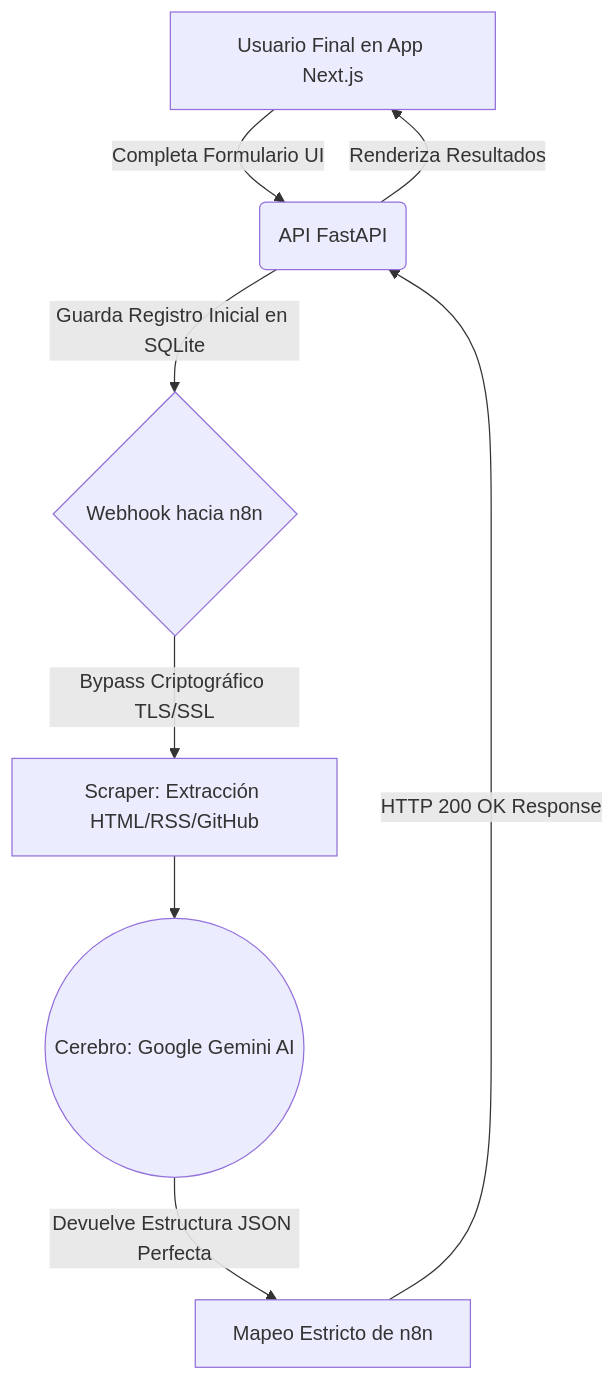
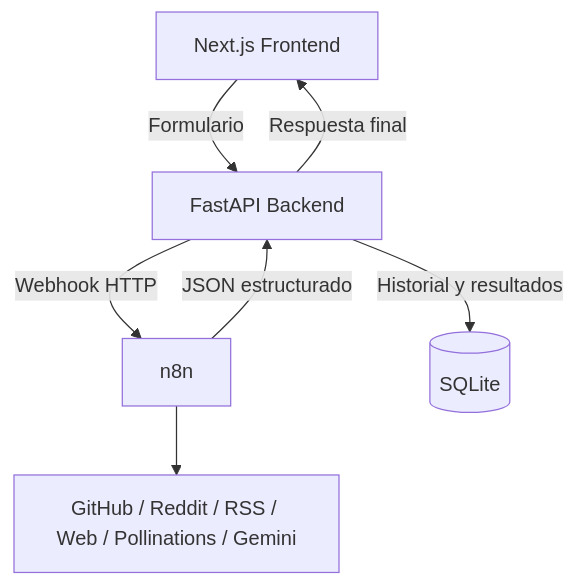
One commit to AnluYaens/nodeaway changed the diagram in README.md. Above: the diagram before and after it, drawn with Mermaid. The commit also changed other lines of this file, not shown here.

````diff
--- a/README.md
+++ b/README.md
@@ -31,10 +36,9 @@
 ```mermaid
 graph TD
-    A[Usuario Final en App Next.js] -->|Completa Formulario UI| B(API FastAPI)
-    B -->|Guarda Registro Inicial en SQLite| C{Webhook hacia n8n}
-    C -->|Bypass Criptográfico TLS/SSL| D[Scraper: Extracción HTML/RSS/GitHub]
-    D --> E((Cerebro: Google Gemini AI))
-    E -->|Devuelve Estructura JSON Perfecta| F[Mapeo Estricto de n8n]
-    F -->|HTTP 200 OK Response| B
-    B -->|Renderiza Resultados| A
+    A[Next.js Frontend] -->|Formulario| B[FastAPI Backend]
+    B -->|Webhook HTTP| C[n8n]
+    C --> D[GitHub / Reddit / RSS / Web / Pollinations / Gemini]
+    C -->|JSON estructurado| B
+    B -->|Historial y resultados| E[(SQLite)]
+    B -->|Respuesta final| A
 ```
````
